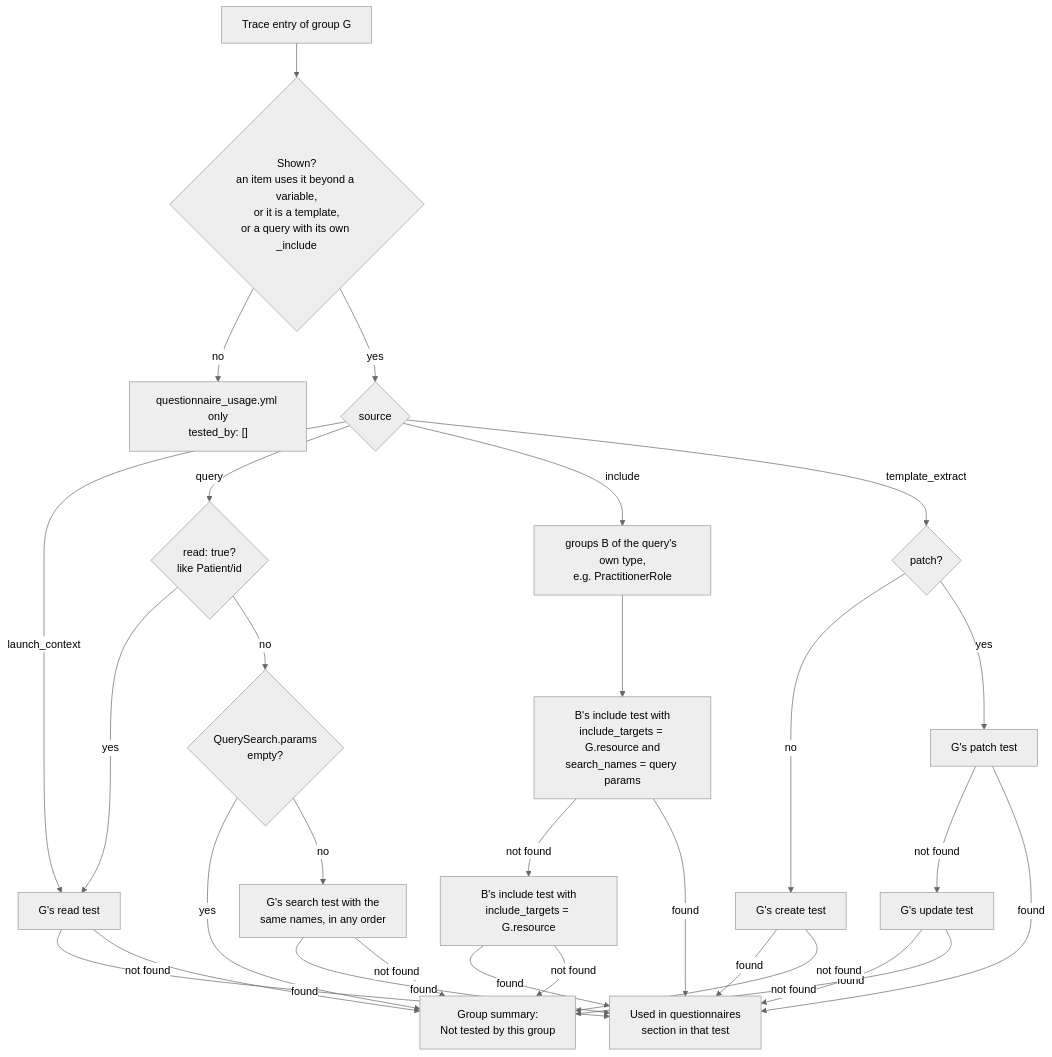
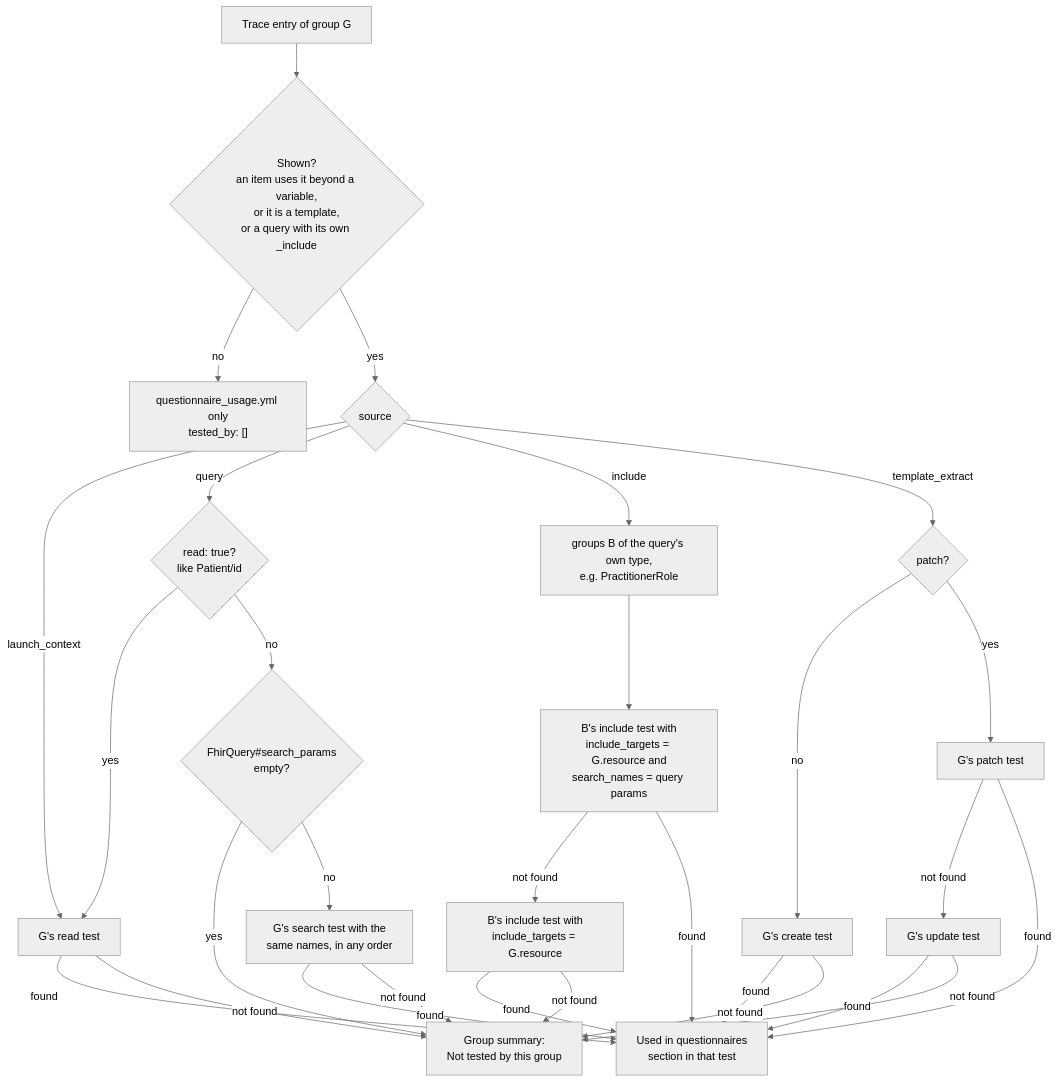
Before and after one commit to hl7au/inferno_suite_generator: the first of 2 diagrams in documentation/questionnaire_usage_tracing.md, drawn with Mermaid (neutral theme). The commit also changed other lines of this file and 14 other files, not shown here.

Commit message:
Refactor questionnaire usage tracing: replace QuerySearch with FhirQuery, update related logic and tests

````diff
--- a/documentation/questionnaire_usage_tracing.md
+++ b/documentation/questionnaire_usage_tracing.md
@@ -82,36 +82,36 @@
 ```mermaid
 flowchart TD
     entry["Trace entry of group G"] --> shown{"Shown?<br/>an item uses it beyond a variable,<br/>or it is a template,<br/>or a query with its own _include"}
     shown -- no --> yml["questionnaire_usage.yml only<br/>tested_by: []"]
     shown -- yes --> source{"source"}
 
     source -- launch_context --> read["G's read test"]
     source -- query --> isread{"read: true?<br/>like Patient/id"}
     isread -- yes --> read
-    isread -- no --> params{"QuerySearch.params<br/>empty?"}
+    isread -- no --> params{"FhirQuery#search_params<br/>empty?"}
     params -- yes --> none
     params -- no --> search["G's search test with the<br/>same names, in any order"]
 
     source -- include --> base["groups B of the query's own type,<br/>e.g. PractitionerRole"]
     base --> exact["B's include test with<br/>include_targets = G.resource and<br/>search_names = query params"]
     exact -- not found --> anyinc["B's include test with<br/>include_targets = G.resource"]
 
     source -- template_extract --> patch{"patch?"}
     patch -- no --> create["G's create test"]
     patch -- yes --> patchtest["G's patch test"]
     patchtest -- not found --> update["G's update test"]
 
     read -- found --> section["Used in questionnaires<br/>section in that test"]
     search -- found --> section
     exact -- found --> section
     anyinc -- found --> section
     create -- found --> section
     patchtest -- found --> section
     update -- found --> section
 
     read -- not found --> none["Group summary:<br/>Not tested by this group"]
     search -- not found --> none
     anyinc -- not found --> none
     create -- not found --> none
     update -- not found --> none
 ```
````
